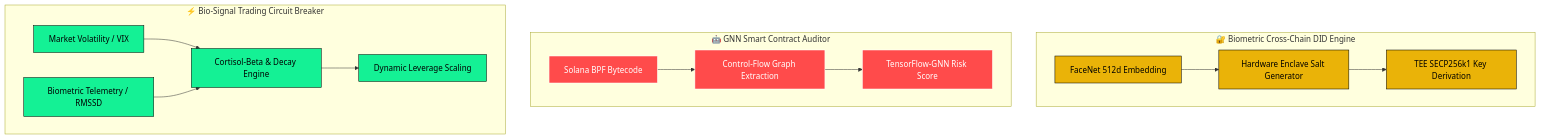
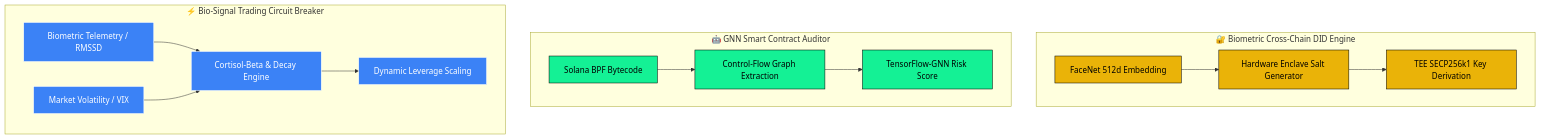
Before and after one commit to pikum06/pikum06: the diagram in README.md, drawn with Mermaid.

Commit message:
Refactor multi-disciplinary system flow diagram

````diff
--- a/README.md
+++ b/README.md
@@ -49,30 +49,30 @@
 ```mermaid
 graph TD
-    subgraph P3 ["🔐 Biometric Cross-Chain DID Engine"]
-        A4[FaceNet 512d Embedding] --> B3[Hardware Enclave Salt Generator] --> C3[TEE SECP256k1 Key Derivation]
+    subgraph P1 ["🔐 Biometric Cross-Chain DID Engine"]
+        A1[FaceNet 512d Embedding] --> B1[Hardware Enclave Salt Generator] --> C1[TEE SECP256k1 Key Derivation]
     end
 
     subgraph P2 ["🤖 GNN Smart Contract Auditor"]
-        A3[Solana BPF Bytecode] --> B2[Control-Flow Graph Extraction] --> C2[TensorFlow-GNN Risk Score]
+        A2[Solana BPF Bytecode] --> B2[Control-Flow Graph Extraction] --> C2[TensorFlow-GNN Risk Score]
     end
 
-    subgraph P1 ["⚡ Bio-Signal Trading Circuit Breaker"]
-        A1[Market Volatility / VIX] & A2[Biometric Telemetry / RMSSD] --> B1[Cortisol-Beta & Decay Engine] --> C1[Dynamic Leverage Scaling]
+    subgraph P3 ["⚡ Bio-Signal Trading Circuit Breaker"]
+        A3[Biometric Telemetry / RMSSD] & A4[Market Volatility / VIX] --> B3[Cortisol-Beta & Decay Engine] --> C3[Dynamic Leverage Scaling]
     end
 
-    %% 🟡 Biometric DID Engine (Yellow Theme)
-    style A4 fill:#eab308,stroke:#000,color:#000
-    style B3 fill:#eab308,stroke:#000,color:#000
-    style C3 fill:#eab308,stroke:#000,color:#000
+    %% 🟡 1st: Biometric Cross-Chain DID Engine (Yellow)
+    style A1 fill:#eab308,stroke:#000,color:#000
+    style B1 fill:#eab308,stroke:#000,color:#000
+    style C1 fill:#eab308,stroke:#000,color:#000
 
-    %% 🔴 GNN Smart Contract Auditor (Red/Orange Theme)
-    style A3 fill:#ff4b4b,stroke:#fff,color:#fff
-    style B2 fill:#ff4b4b,stroke:#fff,color:#fff
-    style C2 fill:#ff4b4b,stroke:#fff,color:#fff
+    %% 🟢 2nd: GNN Smart Contract Auditor (Green)
+    style A2 fill:#14f195,stroke:#000,color:#000
+    style B2 fill:#14f195,stroke:#000,color:#000
+    style C2 fill:#14f195,stroke:#000,color:#000
 
-    %% 🟢 Bio-Signal Circuit Breaker (Green Theme)
-    style A1 fill:#14f195,stroke:#000,color:#000
-    style A2 fill:#14f195,stroke:#000,color:#000
-    style B1 fill:#14f195,stroke:#000,color:#000
-    style C1 fill:#14f195,stroke:#000,color:#000
+    %% 🔵 3rd: Bio-Signal Circuit Breaker (Blue)
+    style A3 fill:#3b82f6,stroke:#fff,color:#fff
+    style A4 fill:#3b82f6,stroke:#fff,color:#fff
+    style B3 fill:#3b82f6,stroke:#fff,color:#fff
+    style C3 fill:#3b82f6,stroke:#fff,color:#fff
 ```
````
